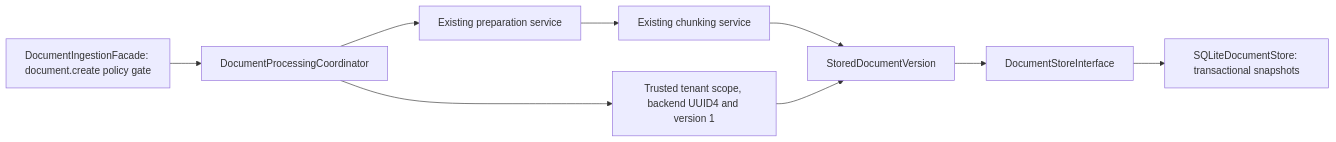
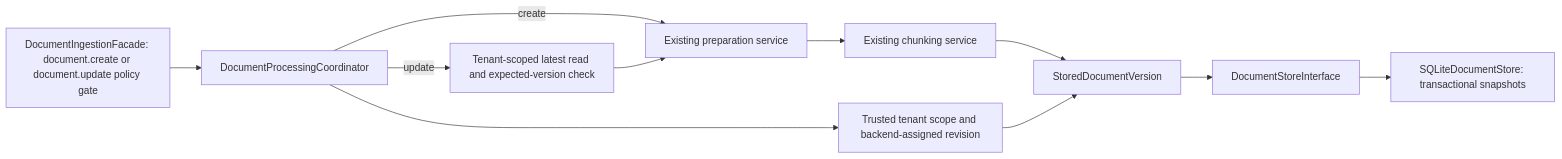
Before and after one commit to khushal075/crewos: the diagram in docs/architecture/document-storage.md, drawn with Mermaid. The commit also changed other lines of this file and 4 other files, not shown here.

````diff
--- a/docs/architecture/document-storage.md
+++ b/docs/architecture/document-storage.md
@@ -7,11 +7,13 @@
 ```mermaid
 flowchart LR
-    Auth[DocumentIngestionFacade: document.create policy gate] --> Coordinator[DocumentProcessingCoordinator]
-    Coordinator --> Prep[Existing preparation service]
+    Auth[DocumentIngestionFacade: document.create or document.update policy gate] --> Coordinator[DocumentProcessingCoordinator]
+    Coordinator -->|create| Prep[Existing preparation service]
+    Coordinator -->|update| Lookup[Tenant-scoped latest read and expected-version check]
+    Lookup --> Prep
     Prep --> Chunk[Existing chunking service]
     Chunk --> Snapshot[StoredDocumentVersion]
-    Coordinator --> Identity[Trusted tenant scope, backend UUID4 and version 1]
+    Coordinator --> Identity[Trusted tenant scope and backend-assigned revision]
     Identity --> Snapshot
     Snapshot --> Interface[DocumentStoreInterface]
     Interface --> DB[SQLiteDocumentStore: transactional snapshots]
 ```
````
